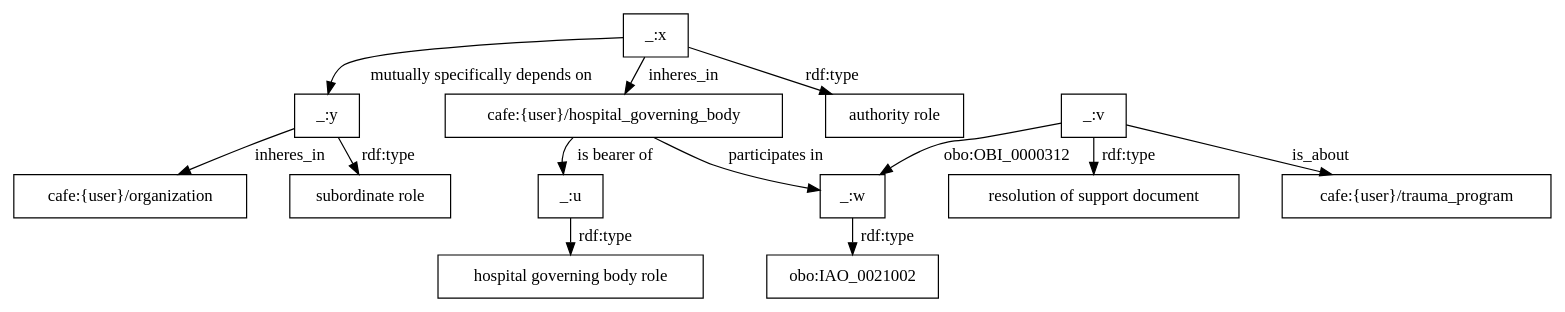
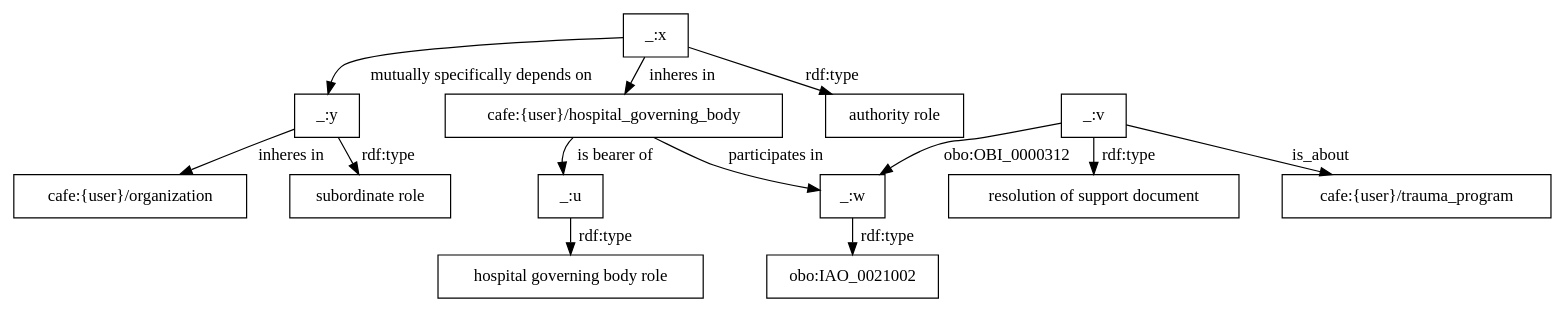
One commit to utecht/dideo-server changed the diagram in cafe/graphs/2.dot. Above: the diagram before and after it, drawn with Graphviz. The commit also changed 9 other files, not shown here.

Commit message:
update generate graphs to remove fake predicates

```diff
--- a/cafe/graphs/2.dot
+++ b/cafe/graphs/2.dot
@@ -1,15 +1,15 @@
 digraph g { node [shape=rectangle];
 graph [splines=true, nodesep=.5, ranksep=0, overlap=false];
-"_:y" -> "cafe:{user}/organization" [label="inheres_in"]
+"_:y" -> "cafe:{user}/organization" [label="inheres in"]
 "_:y" -> "subordinate role" [label="rdf:type"]
 "_:x" -> "_:y" [label="mutually specifically depends on"]
-"_:x" -> "cafe:{user}/hospital_governing_body" [label="inheres_in"]
+"_:x" -> "cafe:{user}/hospital_governing_body" [label="inheres in"]
 "_:x" -> "authority role" [label="rdf:type"]
 "cafe:{user}/hospital_governing_body" -> "_:u" [label="is bearer of"]
 "_:u" -> "hospital governing body role" [label="rdf:type"]
 "cafe:{user}/hospital_governing_body" -> "_:w" [label="participates in"]
 "_:w" -> "obo:IAO_0021002" [label="rdf:type"]
 "_:v" -> "_:w" [label="obo:OBI_0000312"]
 "_:v" -> "resolution of support document" [label="rdf:type"]
 "_:v" -> "cafe:{user}/trauma_program" [label="is_about"]
 }
```
